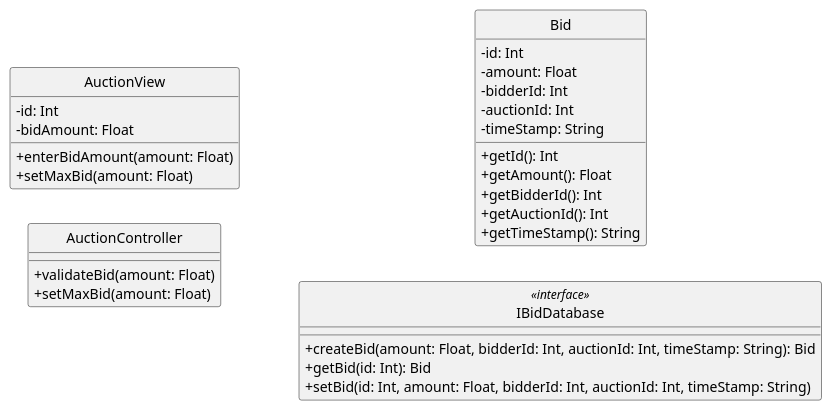
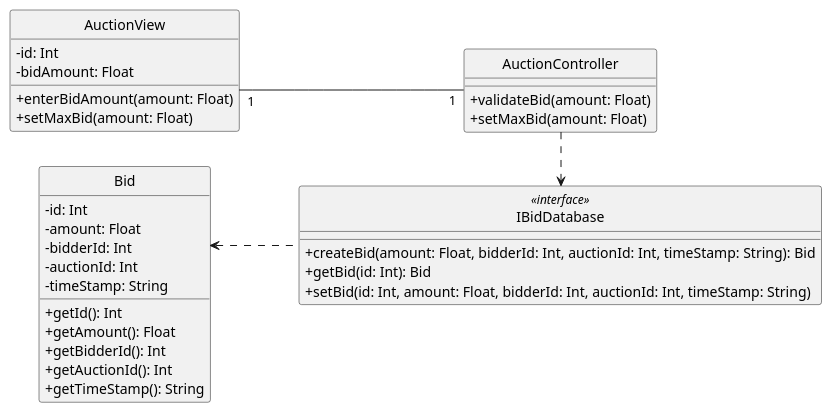
Before and after one commit to anhbanlinhle/velocity-exchange: the diagram in uml/design/class/linh/place_bid.puml, drawn with PlantUML. The commit also changed 5 other files, not shown here.

```diff
--- a/uml/design/class/linh/place_bid.puml
+++ b/uml/design/class/linh/place_bid.puml
@@ -1,43 +1,47 @@
 @startuml 
 left to right direction
 skinparam classAttributeIconSize 0
 skinparam linetype ortho
 hide circle
 class AuctionView {
     - id: Int
     - bidAmount: Float
 
     + enterBidAmount(amount: Float)
     + setMaxBid(amount: Float)
 
     }
 
 class AuctionController {
     + validateBid(amount: Float)
     + setMaxBid(amount: Float)
 
     }
 
 class Bid {
     - id: Int
     - amount: Float
     - bidderId: Int
     - auctionId: Int
     - timeStamp: String
 
     + getId(): Int
     + getAmount(): Float
     + getBidderId(): Int
     + getAuctionId(): Int
     + getTimeStamp(): String
     }
 
 class IBidDatabase <<interface>> {
     + createBid(amount: Float, bidderId: Int, auctionId: Int, timeStamp: String): Bid
     + getBid(id: Int): Bid
     + setBid(id: Int, amount: Float, bidderId: Int, auctionId: Int, timeStamp: String)
     }
 
+AuctionView "1" -- "1" AuctionController
 
+AuctionController ..r> IBidDatabase
+
+IBidDatabase ..u> Bid
 
 @enduml
```
